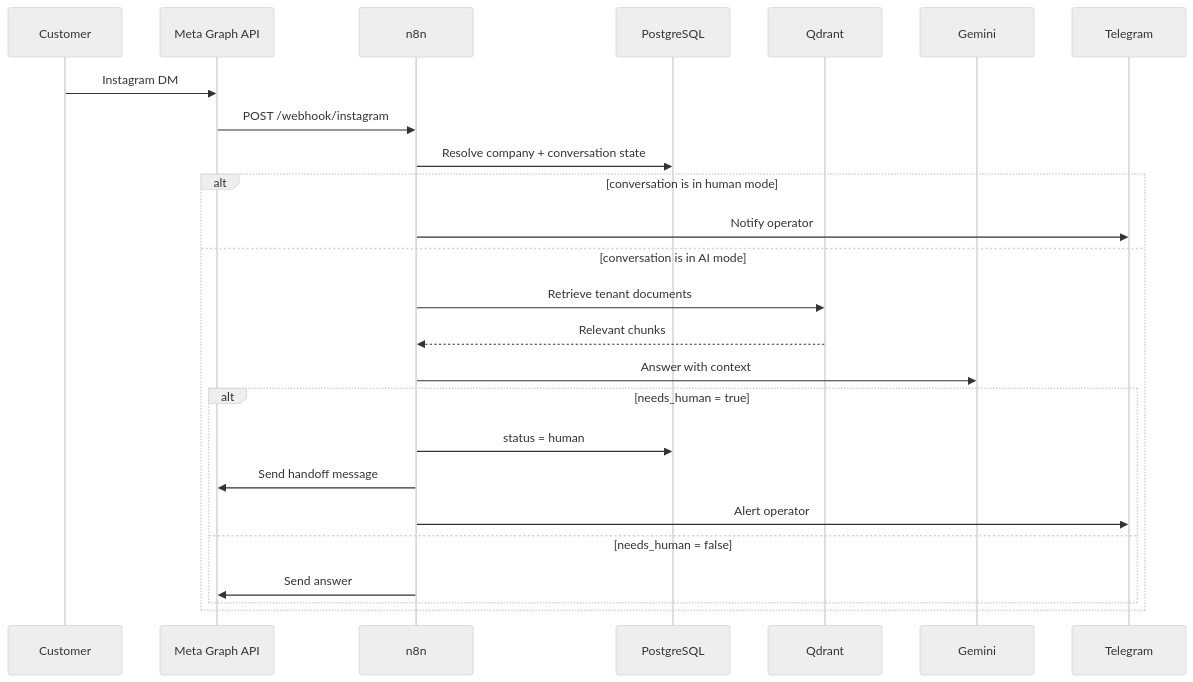
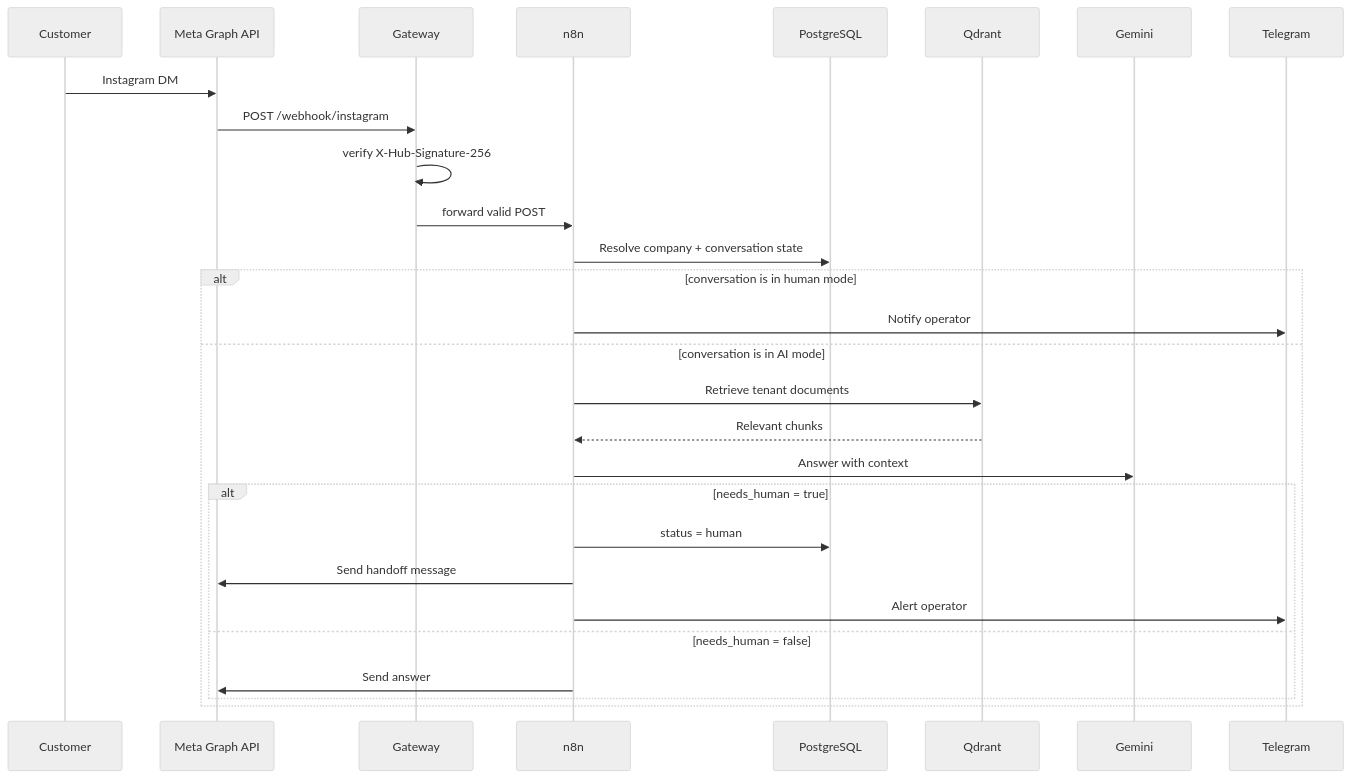
Before and after one commit to alvarolopez6/winery-ai-assistant: the second of 2 diagrams in README.md, drawn with Mermaid (neutral theme). The commit also changed other lines of this file and 18 other files, not shown here.

Commit message:
Add public webhook gateway with HMAC verification

````diff
--- a/README.md
+++ b/README.md
@@ -55,28 +57,31 @@
 ```mermaid
 sequenceDiagram
     participant C as Customer
     participant M as Meta Graph API
+    participant G as Gateway
     participant N as n8n
     participant P as PostgreSQL
     participant Q as Qdrant
     participant L as Gemini
     participant T as Telegram
 
     C->>M: Instagram DM
-    M->>N: POST /webhook/instagram
+    M->>G: POST /webhook/instagram
+    G->>G: verify X-Hub-Signature-256
+    G->>N: forward valid POST
     N->>P: Resolve company + conversation state
     alt conversation is in human mode
         N->>T: Notify operator
     else conversation is in AI mode
         N->>Q: Retrieve tenant documents
         Q-->>N: Relevant chunks
         N->>L: Answer with context
         alt needs_human = true
             N->>P: status = human
             N->>M: Send handoff message
             N->>T: Alert operator
         else needs_human = false
             N->>M: Send answer
         end
     end
 ```
````
